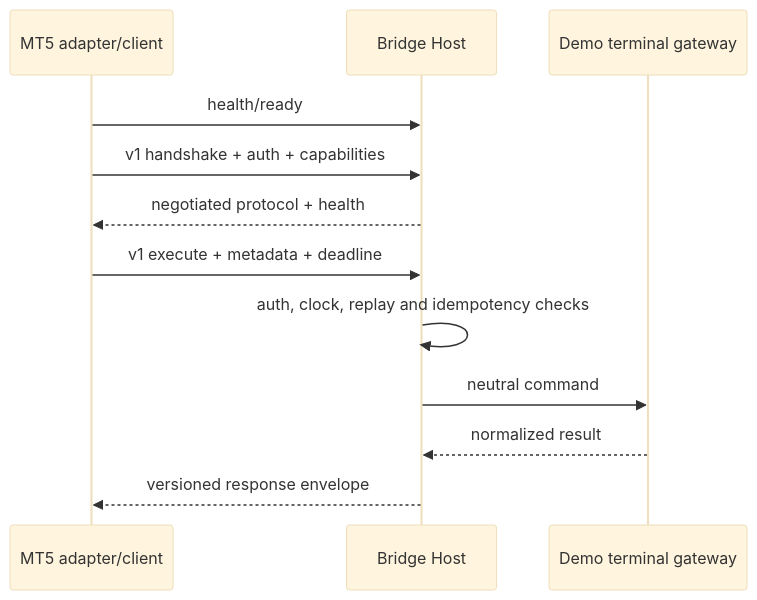
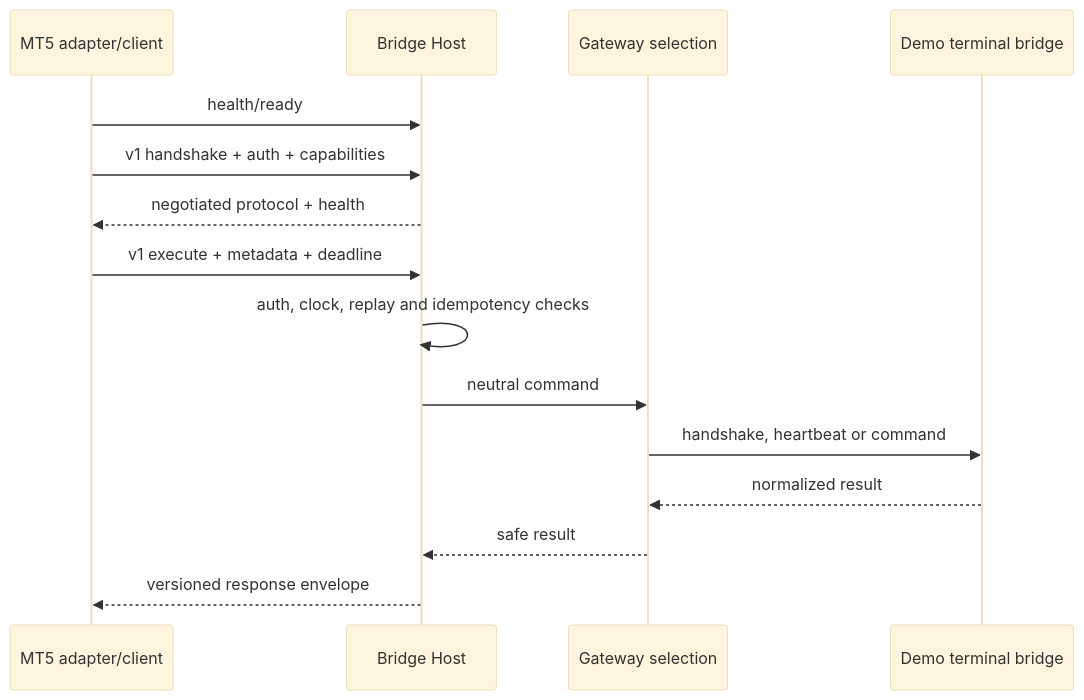
The second of 2 diagrams in docs/brokers/mt5-bridge/README.md (Iboula/TradeMind), drawn with Mermaid (base theme) before and after one commit. The commit also changed other lines of this file and 21 other files, not shown here.

Commit message:
feat: add MT5 demo terminal gateway

````diff
--- a/docs/brokers/mt5-bridge/README.md
+++ b/docs/brokers/mt5-bridge/README.md
@@ -26,14 +23,17 @@
 ```mermaid
 sequenceDiagram
     participant C as MT5 adapter/client
     participant H as Bridge Host
-    participant T as Demo terminal gateway
+    participant G as Gateway selection
+    participant T as Demo terminal bridge
     C->>H: health/ready
     C->>H: v1 handshake + auth + capabilities
     H-->>C: negotiated protocol + health
     C->>H: v1 execute + metadata + deadline
     H->>H: auth, clock, replay and idempotency checks
-    H->>T: neutral command
-    T-->>H: normalized result
+    H->>G: neutral command
+    G->>T: handshake, heartbeat or command
+    T-->>G: normalized result
+    G-->>H: safe result
     H-->>C: versioned response envelope
 ```
````
